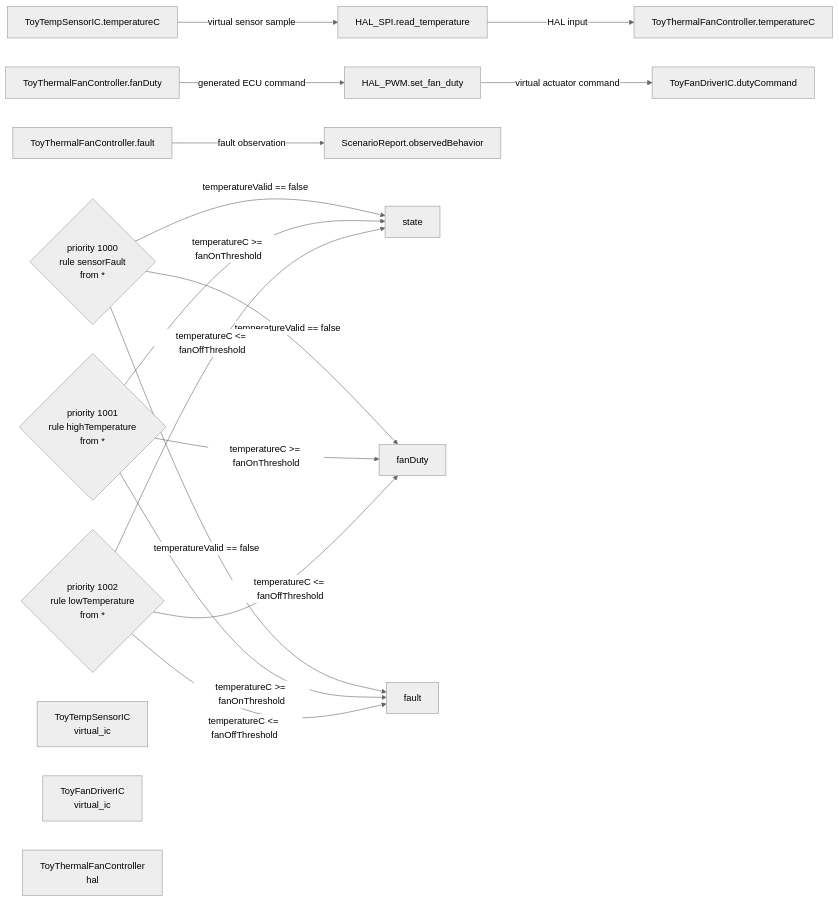
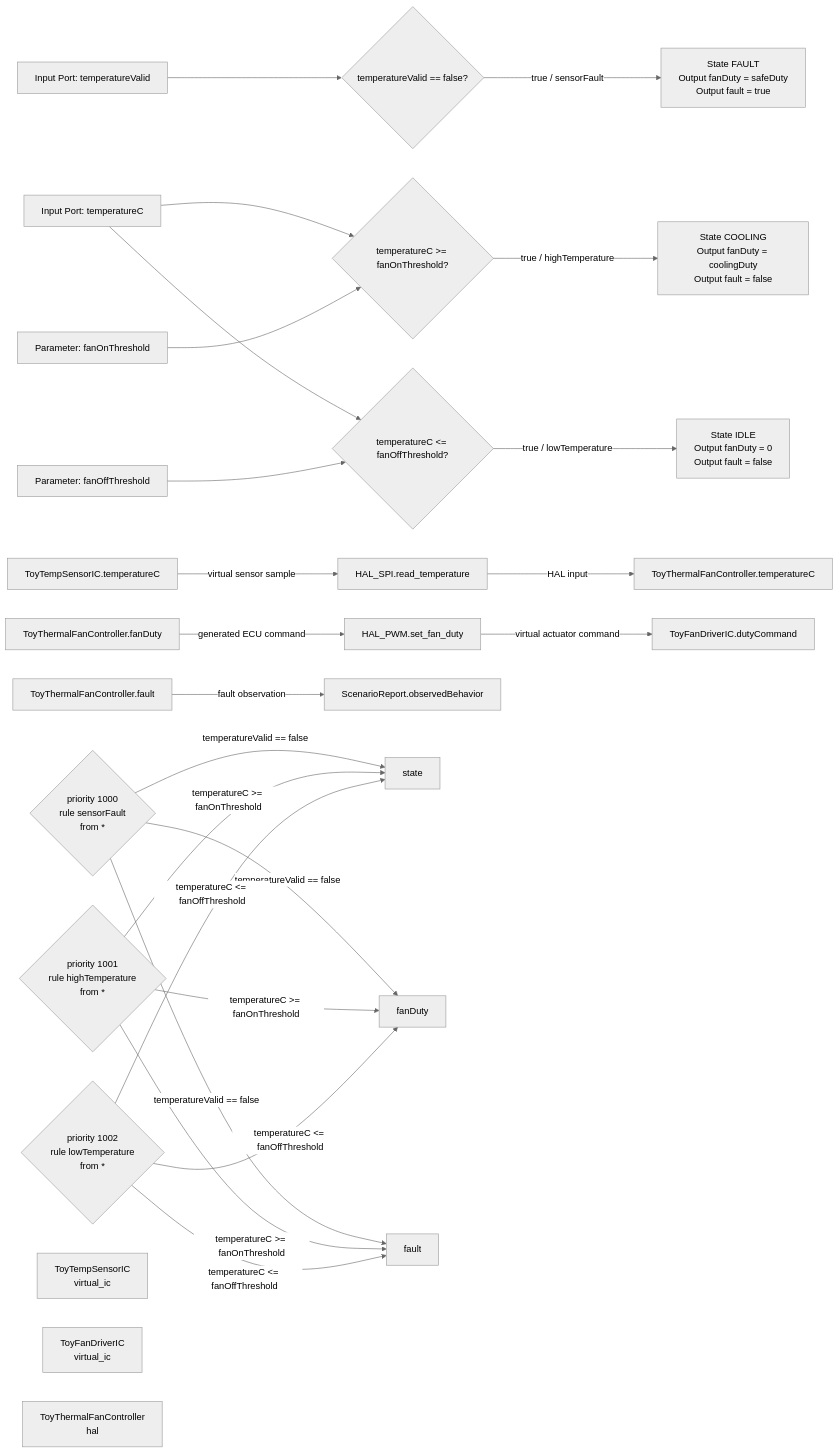
Before and after one commit to kino-6/virtual-ecu-peripheral-harness: the diagram in samples/thermal_fan_control/generated/diagram.mmd, drawn with Mermaid (neutral theme). The commit also changed 10 other files, not shown here.

Commit message:
fix: export semantic MBD diagrams for review

```diff
--- a/samples/thermal_fan_control/generated/diagram.mmd
+++ b/samples/thermal_fan_control/generated/diagram.mmd
@@ -1,58 +1,79 @@
 flowchart LR
-  %% Generated preview from Mermaid-like MBD markup.
+  %% Generated semantic MBD preview from Mermaid-like MBD markup.
   %% Existing MBD tools remain the verification backends.
+  %% Semantic MBD Block Diagram
+  decision_sensorFault{"temperatureValid == false?"}
+  action_sensorFault["State FAULT<br/>Output fanDuty = safeDuty<br/>Output fault = true"]
+  input_temperatureValid["Input Port: temperatureValid"]
+  input_temperatureValid --> decision_sensorFault
+  decision_sensorFault -->|"true / sensorFault"| action_sensorFault
+  decision_highTemperature{"temperatureC >= fanOnThreshold?"}
+  action_highTemperature["State COOLING<br/>Output fanDuty = coolingDuty<br/>Output fault = false"]
+  input_temperatureC["Input Port: temperatureC"]
+  input_temperatureC --> decision_highTemperature
+  parameter_fanOnThreshold["Parameter: fanOnThreshold"]
+  parameter_fanOnThreshold --> decision_highTemperature
+  decision_highTemperature -->|"true / highTemperature"| action_highTemperature
+  decision_lowTemperature{"temperatureC <= fanOffThreshold?"}
+  action_lowTemperature["State IDLE<br/>Output fanDuty = 0<br/>Output fault = false"]
+  input_temperatureC["Input Port: temperatureC"]
+  input_temperatureC --> decision_lowTemperature
+  parameter_fanOffThreshold["Parameter: fanOffThreshold"]
+  parameter_fanOffThreshold --> decision_lowTemperature
+  decision_lowTemperature -->|"true / lowTemperature"| action_lowTemperature
+  %% Detail trace carriers follow; semantic blocks above are the primary review artifact.
   ToyTempSensorIC_temperatureC["ToyTempSensorIC.temperatureC"]
   HAL_SPI_read_temperature["HAL_SPI.read_temperature"]
   %% Trace: SYS-001, HAR-001
   %% ToyTempSensorIC_temperatureC --> HAL_SPI_read_temperature
   ToyTempSensorIC_temperatureC -->|"virtual sensor sample"| HAL_SPI_read_temperature
   HAL_SPI_read_temperature["HAL_SPI.read_temperature"]
   ToyThermalFanController_temperatureC["ToyThermalFanController.temperatureC"]
   %% Trace: SWE-004, HAR-002
   %% HAL_SPI_read_temperature --> ToyThermalFanController_temperatureC
   HAL_SPI_read_temperature -->|"HAL input"| ToyThermalFanController_temperatureC
   ToyThermalFanController_fanDuty["ToyThermalFanController.fanDuty"]
   HAL_PWM_set_fan_duty["HAL_PWM.set_fan_duty"]
   %% Trace: SYS-002, SWE-004
   %% ToyThermalFanController_fanDuty --> HAL_PWM_set_fan_duty
   ToyThermalFanController_fanDuty -->|"generated ECU command"| HAL_PWM_set_fan_duty
   HAL_PWM_set_fan_duty["HAL_PWM.set_fan_duty"]
   ToyFanDriverIC_dutyCommand["ToyFanDriverIC.dutyCommand"]
   %% Trace: SYS-002, HAR-001
   %% HAL_PWM_set_fan_duty --> ToyFanDriverIC_dutyCommand
   HAL_PWM_set_fan_duty -->|"virtual actuator command"| ToyFanDriverIC_dutyCommand
   ToyThermalFanController_fault["ToyThermalFanController.fault"]
   ScenarioReport_observedBehavior["ScenarioReport.observedBehavior"]
   %% Trace: SYS-006, HAR-004
   %% ToyThermalFanController_fault --> ScenarioReport_observedBehavior
   ToyThermalFanController_fault -->|"fault observation"| ScenarioReport_observedBehavior
   rule_sensorFault{"priority 1000<br/>rule sensorFault<br/>from *"}
   %% Trace: SYS-005, HAR-004
   state["state"]
   rule_sensorFault -->|"temperatureValid == false"| state
   fanDuty["fanDuty"]
   rule_sensorFault -->|"temperatureValid == false"| fanDuty
   fault["fault"]
   rule_sensorFault -->|"temperatureValid == false"| fault
   rule_highTemperature{"priority 1001<br/>rule highTemperature<br/>from *"}
   %% Trace: SYS-003, SYS-006
   state["state"]
   rule_highTemperature -->|"temperatureC >= fanOnThreshold"| state
   fanDuty["fanDuty"]
   rule_highTemperature -->|"temperatureC >= fanOnThreshold"| fanDuty
   fault["fault"]
   rule_highTemperature -->|"temperatureC >= fanOnThreshold"| fault
   rule_lowTemperature{"priority 1002<br/>rule lowTemperature<br/>from *"}
   %% Trace: SYS-004, SYS-006
   state["state"]
   rule_lowTemperature -->|"temperatureC <= fanOffThreshold"| state
   fanDuty["fanDuty"]
   rule_lowTemperature -->|"temperatureC <= fanOffThreshold"| fanDuty
   fault["fault"]
   rule_lowTemperature -->|"temperatureC <= fanOffThreshold"| fault
   ToyTempSensorIC["ToyTempSensorIC<br/>virtual_ic"]
   %% Trace: HAR-001, SYS-001
   ToyFanDriverIC["ToyFanDriverIC<br/>virtual_ic"]
   %% Trace: HAR-001, SYS-002
   ToyThermalFanController["ToyThermalFanController<br/>hal"]
   %% Trace: HAR-002, SWE-004
```
